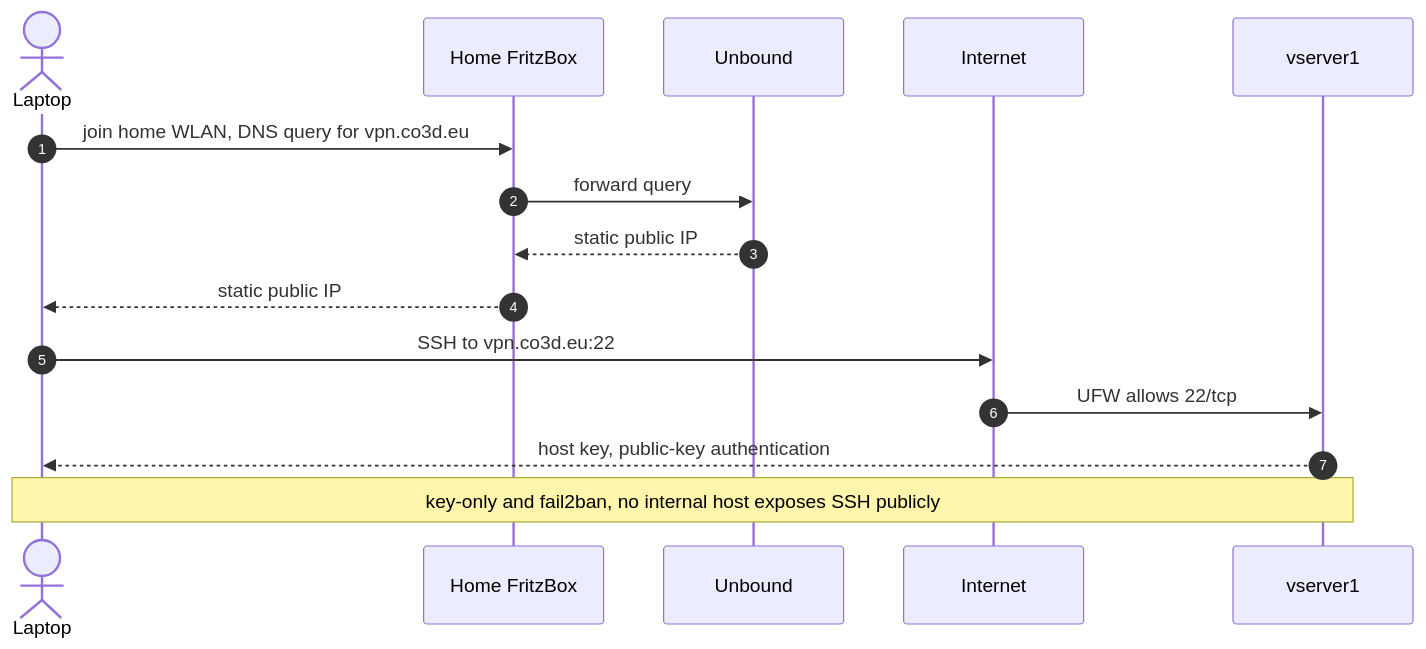
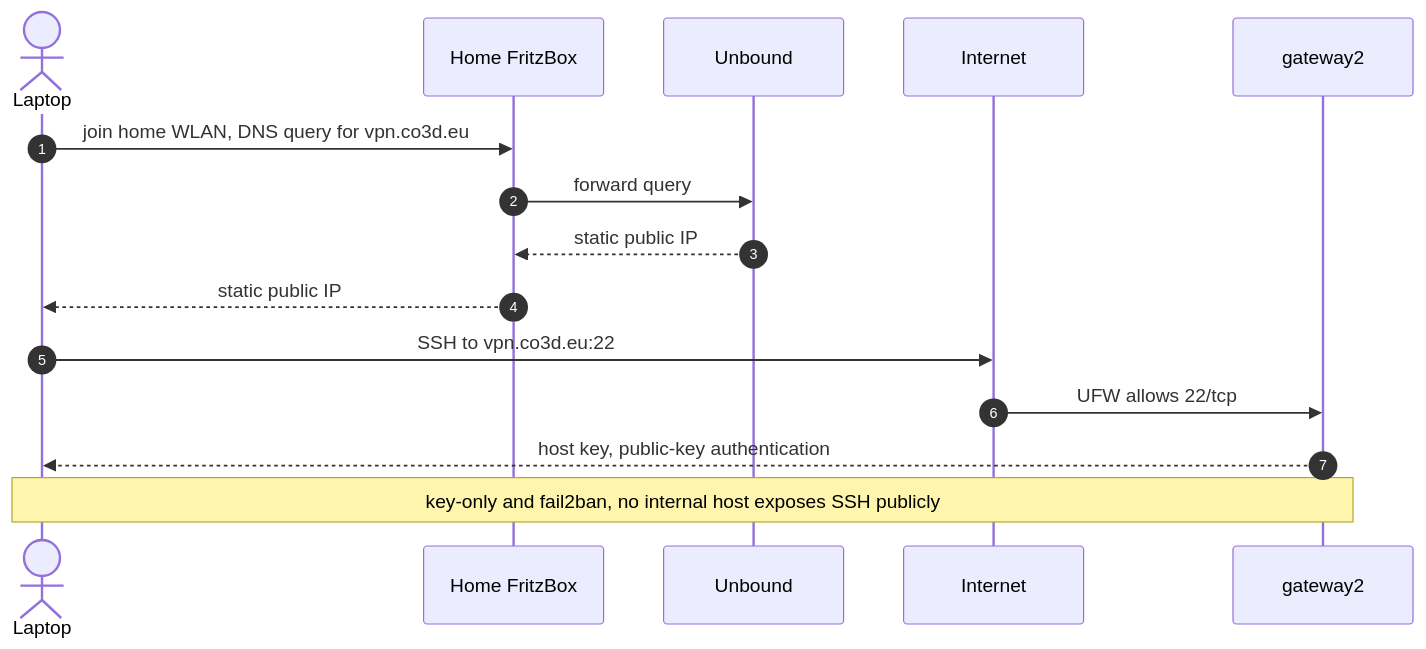
The fifth of 5 diagrams in context/guides/network/design.md (rocketpie/homelab), drawn with Mermaid before and after one commit. The commit also changed other lines of this file and 15 other files, not shown here.

````diff
--- a/context/guides/network/design.md
+++ b/context/guides/network/design.md
@@ -216,18 +216,18 @@
 ```mermaid
 sequenceDiagram
     autonumber
     actor Laptop
     participant FB as Home FritzBox
     participant DNS as Unbound
     participant Net as Internet
-    participant VS as vserver1
+    participant VS as gateway2
 
     Laptop->>FB: join home WLAN, DNS query for vpn.co3d.eu
     FB->>DNS: forward query
     DNS-->>FB: static public IP
     FB-->>Laptop: static public IP
     Laptop->>Net: SSH to vpn.co3d.eu:22
     Net->>VS: UFW allows 22/tcp
     VS-->>Laptop: host key, public-key authentication
     Note over Laptop,VS: key-only and fail2ban, no internal host exposes SSH publicly
 ```
````
